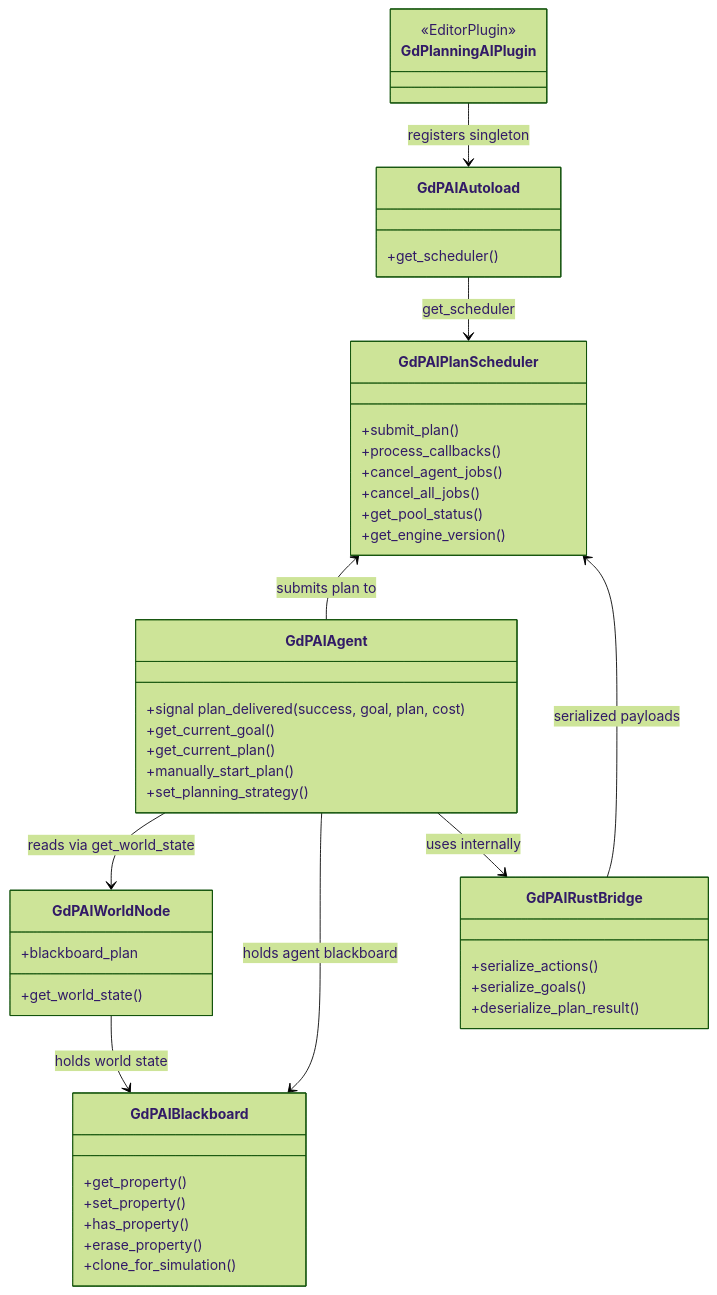
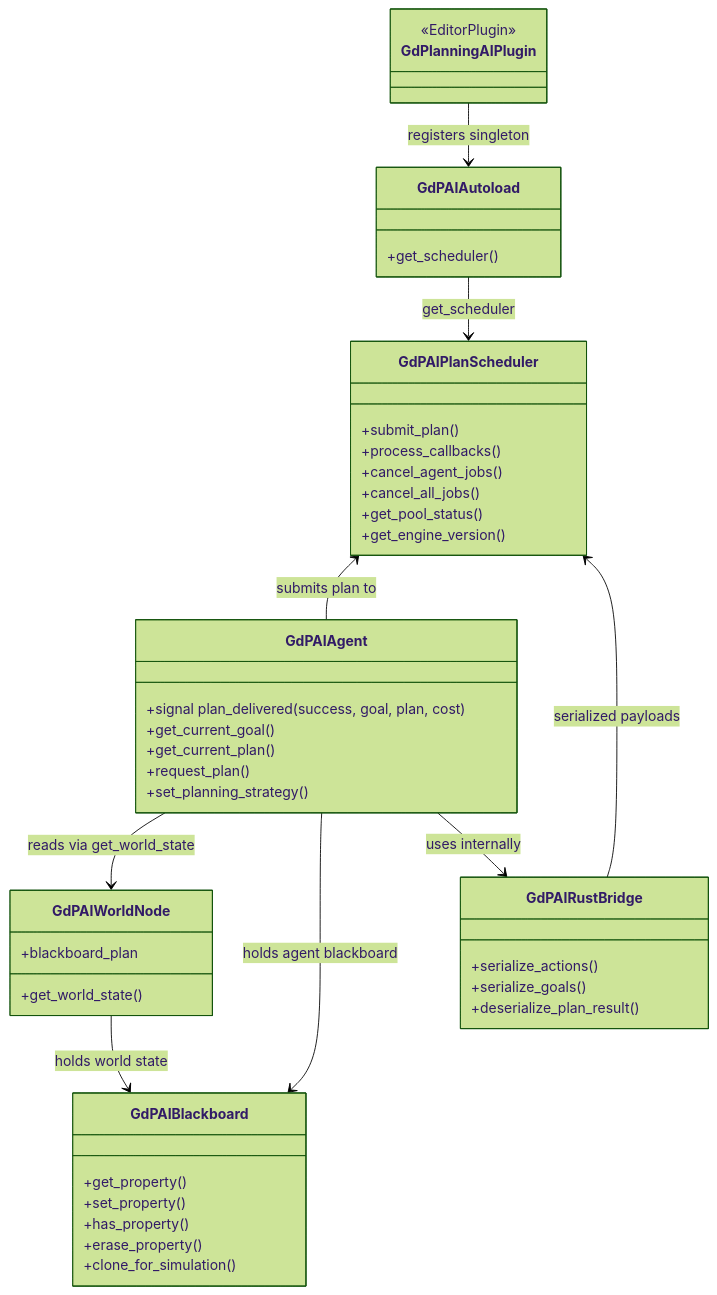
The diagram in docs/generated/architecture-runtime.mmd (WahahaYes/GdPlanningAI), drawn with Mermaid (forest theme) before and after one commit. The commit also changed 11 other files, not shown here.

Commit message:
rename manually_start_plan to request_plan

```diff
--- a/docs/generated/architecture-runtime.mmd
+++ b/docs/generated/architecture-runtime.mmd
@@ -1,47 +1,47 @@
 classDiagram
     GdPAIPlanScheduler <-- GdPAIAgent : submits plan to
     GdPAIAgent --> GdPAIWorldNode : reads via get_world_state
     GdPAIWorldNode --> GdPAIBlackboard : holds world state
     GdPAIAgent --> GdPAIBlackboard : holds agent blackboard
     GdPAIAgent --> GdPAIRustBridge : uses internally
     GdPAIRustBridge --> GdPAIPlanScheduler : serialized payloads
     GdPAIAutoload --> GdPAIPlanScheduler : get_scheduler
     GdPlanningAIPlugin --> GdPAIAutoload : registers singleton
 
     class GdPAIAgent {
         +signal plan_delivered(success, goal, plan, cost)
         +get_current_goal()
         +get_current_plan()
-        +manually_start_plan()
+        +request_plan()
         +set_planning_strategy()
     }
     class GdPAIPlanScheduler {
         +submit_plan()
         +process_callbacks()
         +cancel_agent_jobs()
         +cancel_all_jobs()
         +get_pool_status()
         +get_engine_version()
     }
     class GdPAIWorldNode {
         +blackboard_plan
         +get_world_state()
     }
     class GdPAIBlackboard {
         +get_property()
         +set_property()
         +has_property()
         +erase_property()
         +clone_for_simulation()
     }
     class GdPAIRustBridge {
         +serialize_actions()
         +serialize_goals()
         +deserialize_plan_result()
     }
     class GdPAIAutoload {
         +get_scheduler()
     }
     class GdPlanningAIPlugin {
         <<EditorPlugin>>
     }
```
